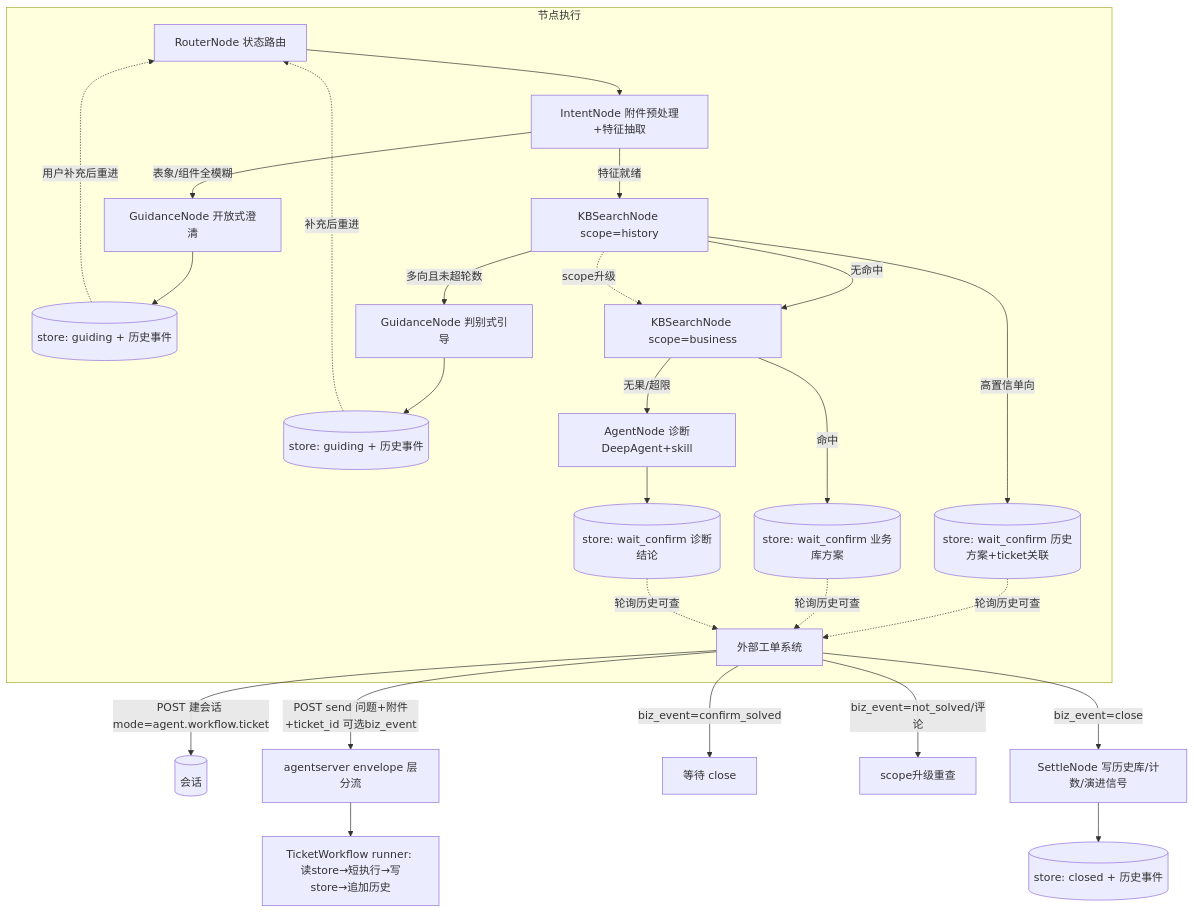
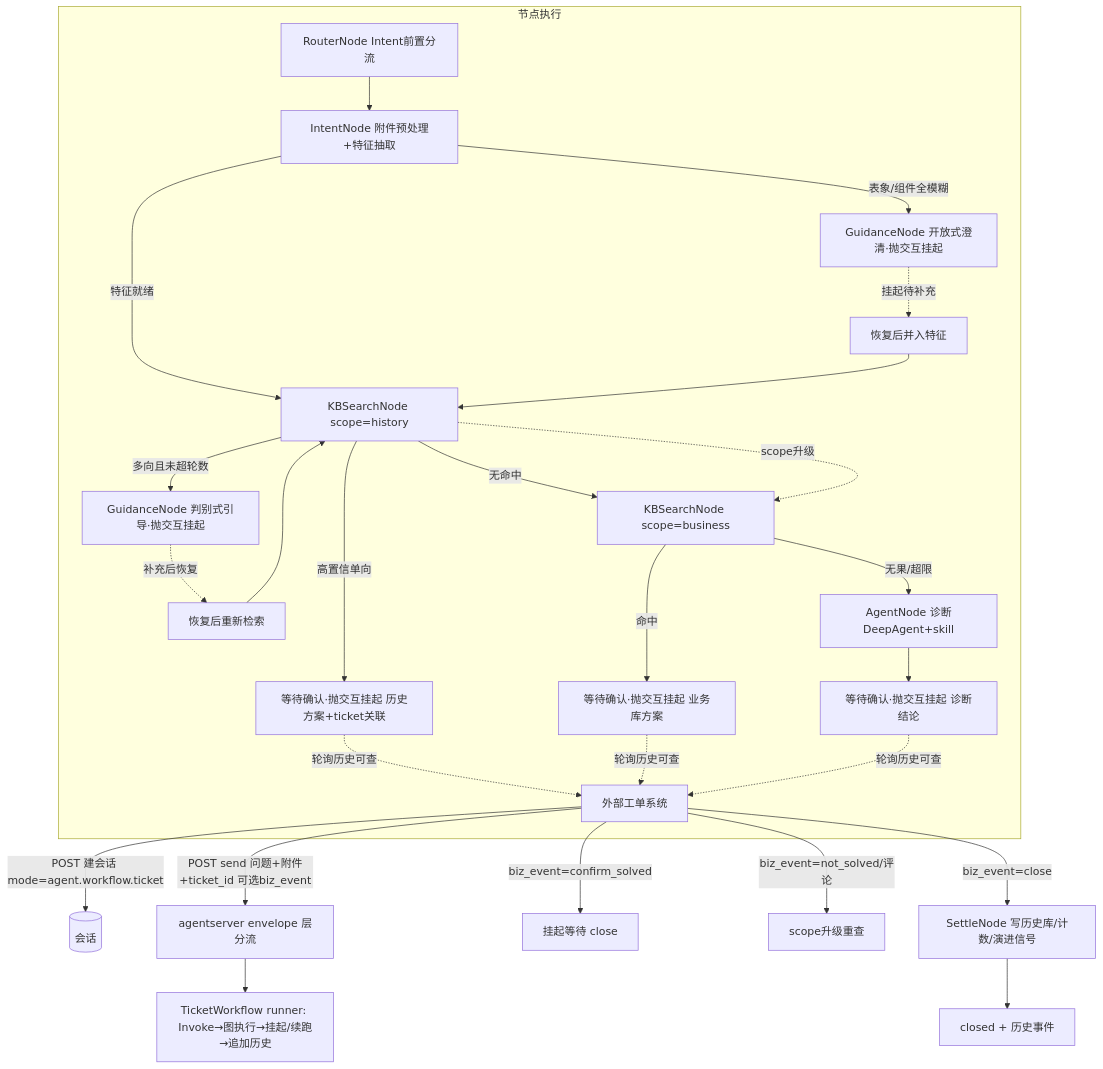
Before and after one commit to CrazyLichen/uapclaw-go: the diagram in docs/superpowers/specs/2026-11-26-ticket-workflow-design.md, drawn with Mermaid. The commit also changed other lines of this file, not shown here.

Commit message:
docs(spec): TicketWorkflow 统一图内中断模型——废弃 END+store/instance_id，恢复协议统一为 Invoke(InteractiveInput)，checkpointer 承载隔离

````diff
--- a/docs/superpowers/specs/2026-11-26-ticket-workflow-design.md
+++ b/docs/superpowers/specs/2026-11-26-ticket-workflow-design.md
@@ -170,29 +173,29 @@
 ```mermaid
 flowchart TD
     EXT[外部工单系统] -->|POST 建会话 mode=agent.workflow.ticket| SES[(会话)]
     EXT -->|POST send 问题+附件+ticket_id 可选biz_event| AS[agentserver envelope 层分流]
-    AS --> WF[TicketWorkflow runner: 读store→短执行→写store→追加历史]
+    AS --> WF[TicketWorkflow runner: Invoke→图执行→挂起/续跑→追加历史]
 
     subgraph 节点执行
-        R[RouterNode 状态路由] --> I[IntentNode 附件预处理+特征抽取]
-        I -->|表象/组件全模糊| G1[GuidanceNode 开放式澄清]
+        R[RouterNode Intent前置分流] --> I[IntentNode 附件预处理+特征抽取]
+        I -->|表象/组件全模糊| G1[GuidanceNode 开放式澄清·抛交互挂起]
         I -->|特征就绪| K[KBSearchNode scope=history]
-        G1 --> W1[(store: guiding + 历史事件)]
-        W1 -.用户补充后重进.-> R
-        K -->|高置信单向| WC1[(store: wait_confirm 历史方案+ticket关联)]
-        K -->|多向且未超轮数| G2[GuidanceNode 判别式引导]
-        G2 --> W2[(store: guiding + 历史事件)]
-        W2 -.补充后重进.-> R
+        G1 -.挂起待补充.-> G1R[恢复后并入特征]
+        G1R --> K
+        K -->|高置信单向| WC1[等待确认·抛交互挂起 历史方案+ticket关联]
+        K -->|多向且未超轮数| G2[GuidanceNode 判别式引导·抛交互挂起]
+        G2 -.补充后恢复.-> G2R[恢复后重新检索]
+        G2R --> K
         K -->|无命中| K2[KBSearchNode scope=business]
         K -.scope升级.-> K2
-        K2 -->|命中| WC2[(store: wait_confirm 业务库方案)]
+        K2 -->|命中| WC2[等待确认·抛交互挂起 业务库方案]
         K2 -->|无果/超限| A[AgentNode 诊断DeepAgent+skill]
-        A --> WC3[(store: wait_confirm 诊断结论)]
+        A --> WC3[等待确认·抛交互挂起 诊断结论]
         WC1 & WC2 & WC3 -.轮询历史可查.-> EXT
     end
 
-    EXT -->|biz_event=confirm_solved| PEND[等待 close]
+    EXT -->|biz_event=confirm_solved| PEND[挂起等待 close]
     EXT -->|biz_event=not_solved/评论| UP[scope升级重查]
     EXT -->|biz_event=close| S[SettleNode 写历史库/计数/演进信号]
-    S --> CL[(store: closed + 历史事件)]
+    S --> CL[closed + 历史事件]
 ```
````
